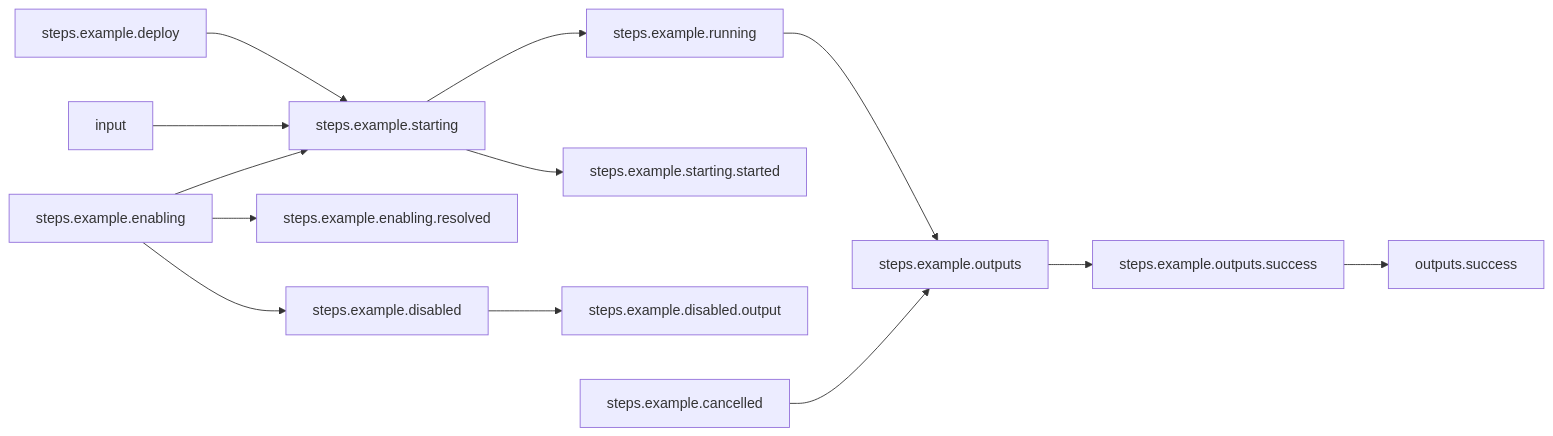
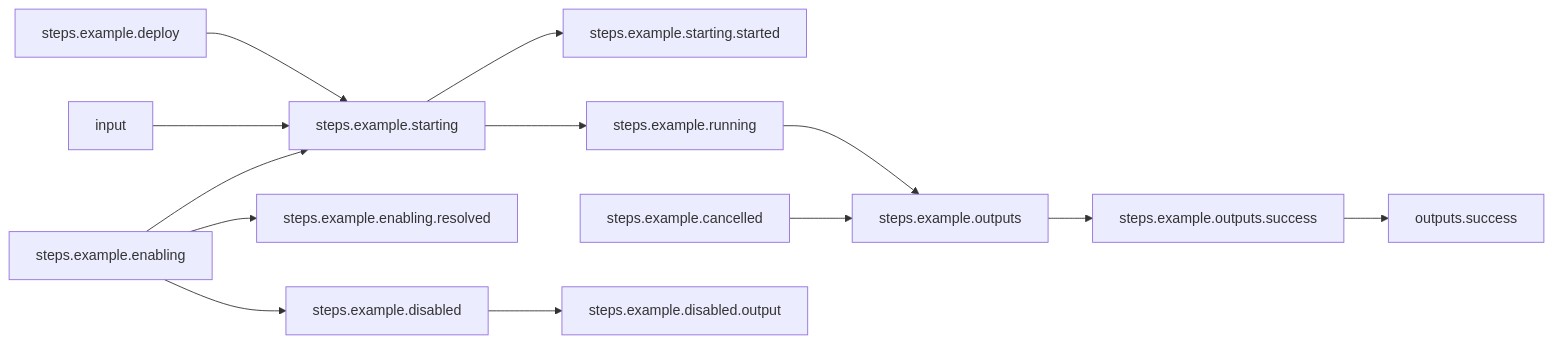
The diagram in basic-examples/namespaced-scopes/README.md (arcalot/arcaflow-workflows), drawn with Mermaid before and after one commit. The commit also changed other lines of this file and 19 other files, not shown here.

````diff
--- a/basic-examples/namespaced-scopes/README.md
+++ b/basic-examples/namespaced-scopes/README.md
@@ -158,17 +162,17 @@
 ```mermaid
 %% Mermaid markdown workflow
 flowchart LR
 %% Success path
 steps.example.starting-->steps.example.starting.started
 steps.example.starting-->steps.example.running
-steps.example.disabled-->steps.example.disabled.output
-steps.example.enabling-->steps.example.disabled
 steps.example.enabling-->steps.example.enabling.resolved
 steps.example.enabling-->steps.example.starting
-steps.example.outputs.success-->outputs.success
-steps.example.running-->steps.example.outputs
+steps.example.enabling-->steps.example.disabled
 steps.example.outputs-->steps.example.outputs.success
+steps.example.cancelled-->steps.example.outputs
+steps.example.disabled-->steps.example.disabled.output
 input-->steps.example.starting
 steps.example.deploy-->steps.example.starting
-steps.example.cancelled-->steps.example.outputs
+steps.example.running-->steps.example.outputs
+steps.example.outputs.success-->outputs.success
 ```
````
